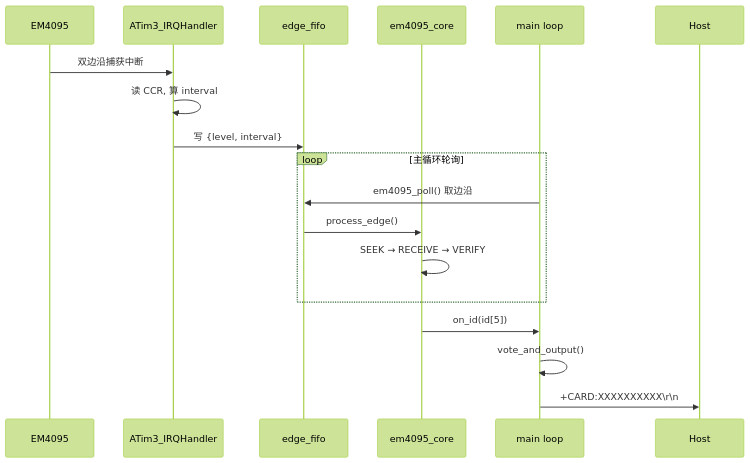
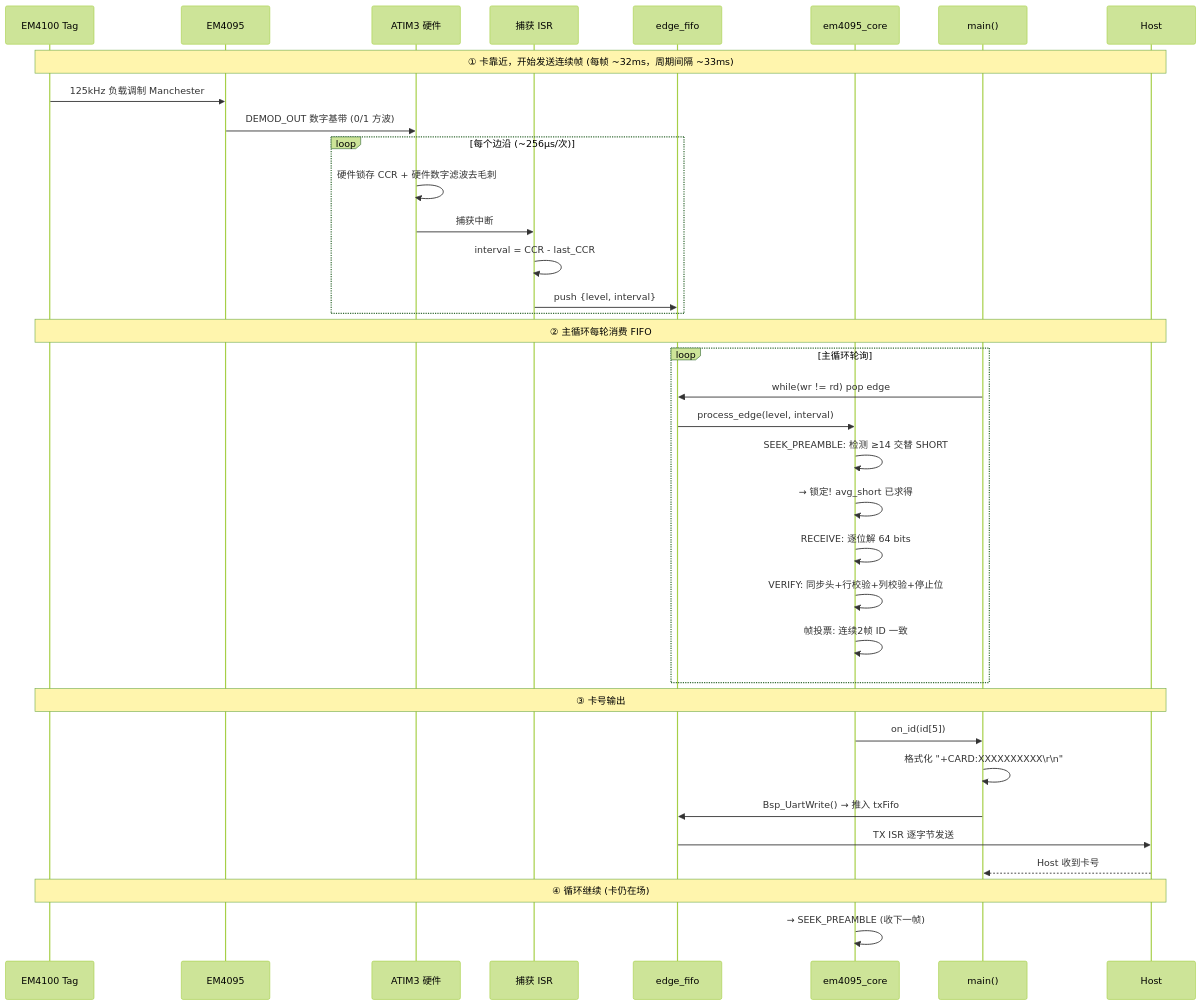
Before and after one commit to Siaiai/ObsidianNote: the fourth of 6 diagrams in 工作/SR3读卡器/260802SR3读卡器架构.md, drawn with Mermaid (forest theme). The commit also changed other lines of this file and 2 other files, not shown here.

````diff
--- a/工作/SR3读卡器/260802SR3读卡器架构.md
+++ b/工作/SR3读卡器/260802SR3读卡器架构.md
@@ -268,23 +241,47 @@
 ```mermaid
 sequenceDiagram
-    participant EM4095 as EM4095
-    participant ISR as ATim3_IRQHandler
+    participant TAG as EM4100 Tag
+    participant RF as EM4095
+    participant TIM as ATIM3 硬件
+    participant ISR as 捕获 ISR
     participant FIFO as edge_fifo
     participant DEC as em4095_core
-    participant APP as main loop
+    participant APP as main()
     participant UART as Host
 
-    EM4095->>ISR: 双边沿捕获中断
-    ISR->>ISR: 读 CCR, 算 interval
-    ISR->>FIFO: 写 {level, interval}
+    Note over TAG,UART: ① 卡靠近，开始发送连续帧 (每帧 ~32ms，周期间隔 ~33ms)
+
+    TAG->>RF: 125kHz 负载调制 Manchester
+    RF->>TIM: DEMOD_OUT 数字基带 (0/1 方波)
+
+    loop 每个边沿 (~256µs/次)
+        TIM->>TIM: 硬件锁存 CCR + 硬件数字滤波去毛刺
+        TIM->>ISR: 捕获中断
+        ISR->>ISR: interval = CCR - last_CCR
+        ISR->>FIFO: push {level, interval}
+    end
+
+    Note over TAG,UART: ② 主循环每轮消费 FIFO
 
     loop 主循环轮询
-        APP->>FIFO: em4095_poll() 取边沿
-        FIFO->>DEC: process_edge()
-        DEC->>DEC: SEEK → RECEIVE → VERIFY
+        APP->>FIFO: while(wr != rd) pop edge
+        FIFO->>DEC: process_edge(level, interval)
+        DEC->>DEC: SEEK_PREAMBLE: 检测 ≥14 交替 SHORT
+        DEC->>DEC: → 锁定! avg_short 已求得
+        DEC->>DEC: RECEIVE: 逐位解 64 bits
+        DEC->>DEC: VERIFY: 同步头+行校验+列校验+停止位
+        DEC->>DEC: 帧投票: 连续2帧 ID 一致
     end
 
+    Note over TAG,UART: ③ 卡号输出
+
     DEC->>APP: on_id(id[5])
-    APP->>APP: vote_and_output()
-    APP->>UART: +CARD:XXXXXXXXXX\r\n
+    APP->>APP: 格式化 "+CARD:XXXXXXXXXX\r\n"
+    APP->>FIFO: Bsp_UartWrite() → 推入 txFifo
+    FIFO->>UART: TX ISR 逐字节发送
+    UART-->>APP: Host 收到卡号
+
+    Note over TAG,UART: ④ 循环继续 (卡仍在场)
+
+    DEC->>DEC: → SEEK_PREAMBLE (收下一帧)
 ```
````
